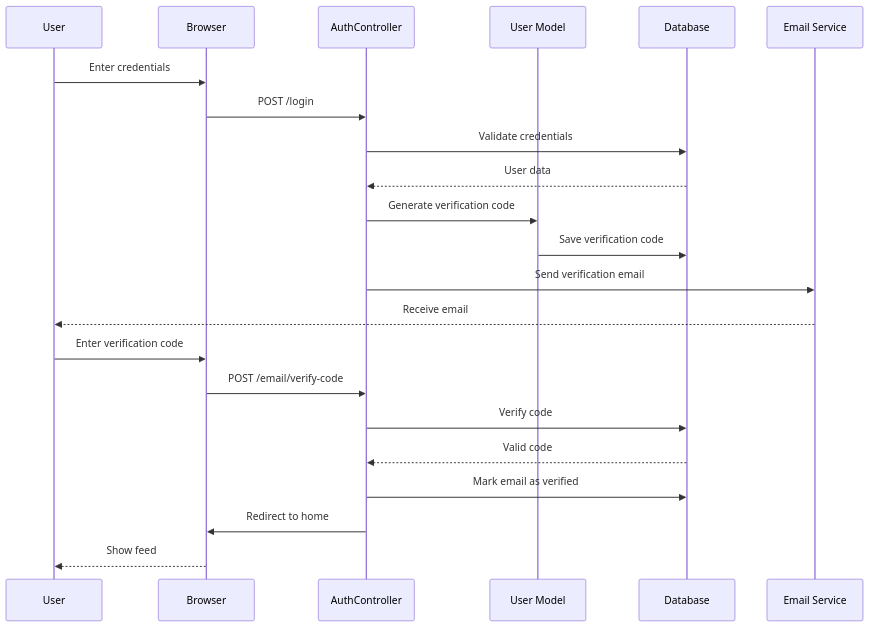
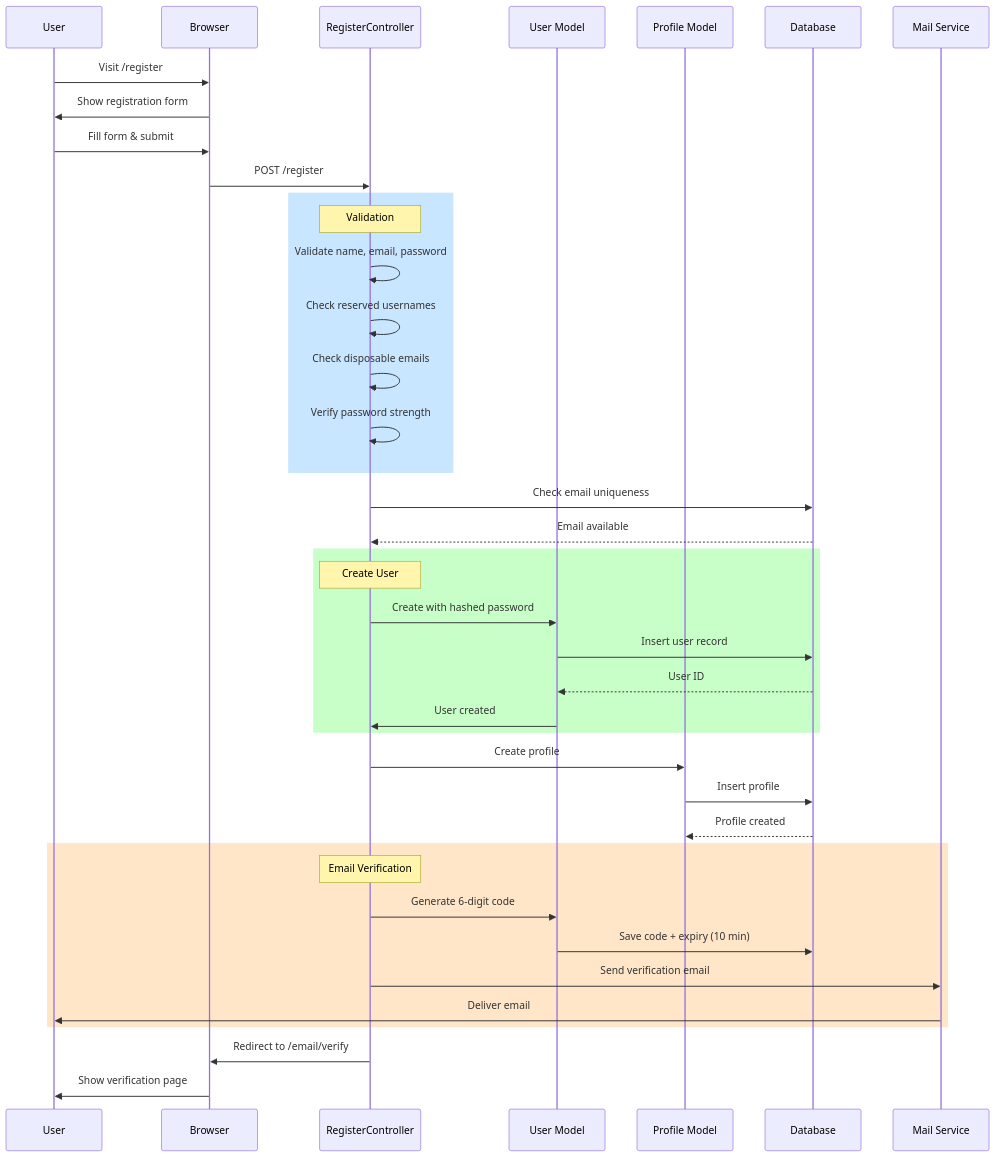
The fourth of 28 diagrams in UML.md (vd120/laravel_project), drawn with Mermaid before and after one commit. The commit also changed other lines of this file and 36 other files, not shown here.

````diff
--- a/UML.md
+++ b/UML.md
@@ -485,25 +907,49 @@
 ```mermaid
 sequenceDiagram
     participant U as User
     participant B as Browser
-    participant C as AuthController
-    participant M as User Model
+    participant RC as RegisterController
+    participant UserM as User Model
+    participant ProfileM as Profile Model
     participant DB as Database
-    participant E as Email Service
+    participant Mail as Mail Service
 
-    U->>B: Enter credentials
-    B->>C: POST /login
-    C->>DB: Validate credentials
-    DB-->>C: User data
-    C->>M: Generate verification code
-    M->>DB: Save verification code
-    C->>E: Send verification email
-    E-->>U: Receive email
-    U->>B: Enter verification code
-    B->>C: POST /email/verify-code
-    C->>DB: Verify code
-    DB-->>C: Valid code
-    C->>DB: Mark email as verified
-    C->>B: Redirect to home
-    B-->>U: Show feed
+    U->>B: Visit /register
+    B->>U: Show registration form
+    U->>B: Fill form & submit
+    B->>RC: POST /register
+
+    rect rgb(200, 230, 255)
+        Note over RC: Validation
+        RC->>RC: Validate name, email, password
+        RC->>RC: Check reserved usernames
+        RC->>RC: Check disposable emails
+        RC->>RC: Verify password strength
+    end
+
+    RC->>DB: Check email uniqueness
+    DB-->>RC: Email available
+
+    rect rgb(200, 255, 200)
+        Note over RC: Create User
+        RC->>UserM: Create with hashed password
+        UserM->>DB: Insert user record
+        DB-->>UserM: User ID
+        UserM->>RC: User created
+    end
+
+    RC->>ProfileM: Create profile
+    ProfileM->>DB: Insert profile
+    DB-->>ProfileM: Profile created
+
+    rect rgb(255, 230, 200)
+        Note over RC: Email Verification
+        RC->>UserM: Generate 6-digit code
+        UserM->>DB: Save code + expiry (10 min)
+        RC->>Mail: Send verification email
+        Mail->>U: Deliver email
+    end
+
+    RC->>B: Redirect to /email/verify
+    B->>U: Show verification page
 ```
````
